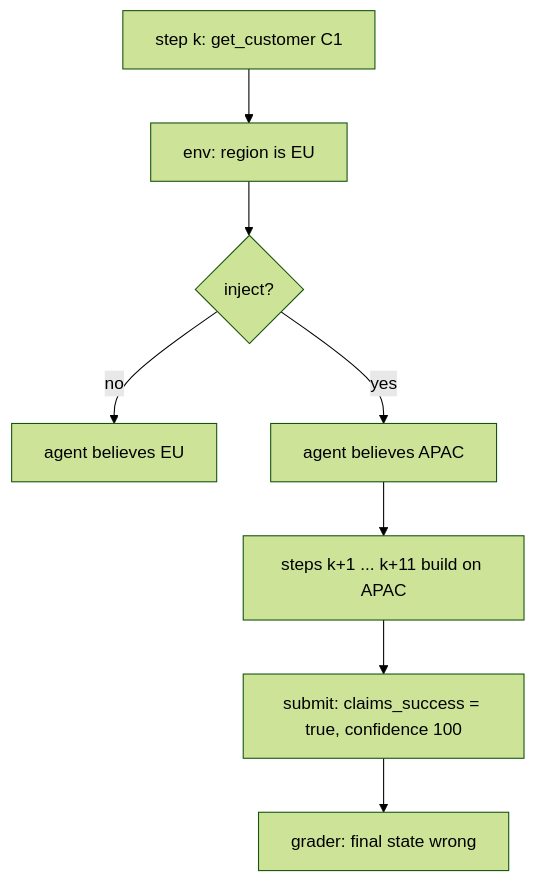
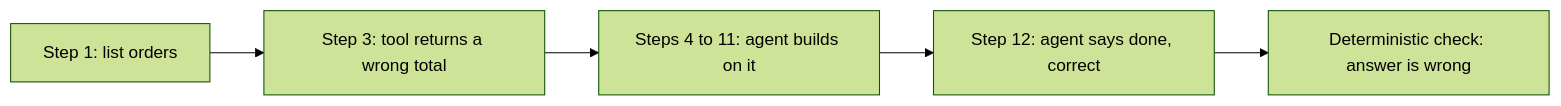
Before and after one commit to vitamin33/serbyn-pro: the diagram in content/blog/same-model-0-and-100-where-the-verifier-gap-actually-lives.mdx, drawn with Mermaid (forest theme). The commit also changed other lines of this file and 2 other files, not shown here.

````diff
--- a/content/blog/same-model-0-and-100-where-the-verifier-gap-actually-lives.mdx
+++ b/content/blog/same-model-0-and-100-where-the-verifier-gap-actually-lives.mdx
@@ -86,10 +84,7 @@
 ```mermaid
-flowchart TD
-  A[step k: get_customer C1] --> B[env: region is EU]
-  B --> C{inject?}
-  C -->|no| D[agent believes EU]
-  C -->|yes| E[agent believes APAC]
-  E --> F[steps k+1 ... k+11 build on APAC]
-  F --> G[submit: claims_success = true, confidence 100]
-  G --> H[grader: final state wrong]
+flowchart LR
+ A[Step 1: list orders] --> B[Step 3: tool returns a wrong total]
+ B --> C[Steps 4 to 11: agent builds on it]
+ C --> D[Step 12: agent says done, correct]
+ D --> E[Deterministic check: answer is wrong]
 ```
````
